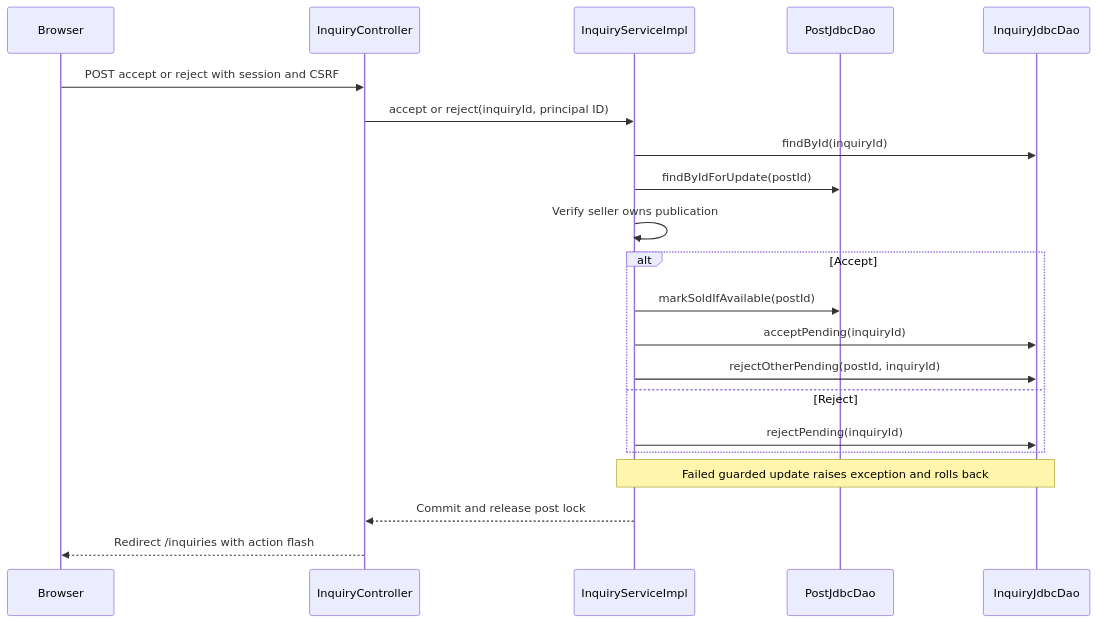
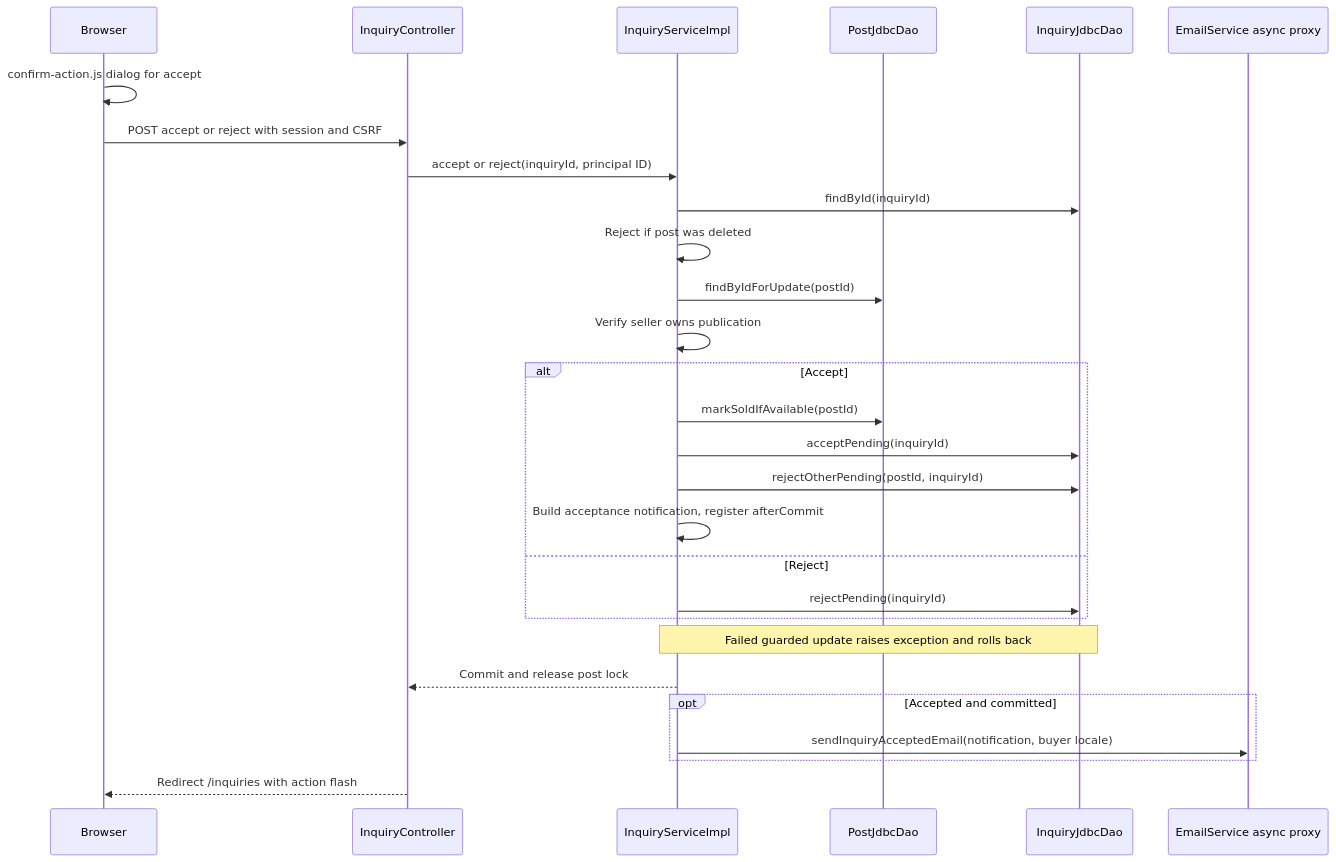
One commit to BautistaPessagno/PAW_Vault changed the diagram in Inquiry and sale flow.md. Above: the diagram before and after it, drawn with Mermaid. The commit also changed other lines of this file and 160 other files, not shown here.

````diff
--- a/Inquiry and sale flow.md
+++ b/Inquiry and sale flow.md
@@ -21,23 +21,30 @@
 ```mermaid
 sequenceDiagram
     participant B as Browser
     participant C as InquiryController
     participant S as InquiryServiceImpl
     participant P as PostJdbcDao
     participant I as InquiryJdbcDao
+    participant E as EmailService async proxy
+    B->>B: confirm-action.js dialog for accept
     B->>C: POST accept or reject with session and CSRF
     C->>S: accept or reject(inquiryId, principal ID)
     S->>I: findById(inquiryId)
+    S->>S: Reject if post was deleted
     S->>P: findByIdForUpdate(postId)
     S->>S: Verify seller owns publication
     alt Accept
         S->>P: markSoldIfAvailable(postId)
         S->>I: acceptPending(inquiryId)
         S->>I: rejectOtherPending(postId, inquiryId)
+        S->>S: Build acceptance notification, register afterCommit
     else Reject
         S->>I: rejectPending(inquiryId)
     end
     Note over S,I: Failed guarded update raises exception and rolls back
     S-->>C: Commit and release post lock
+    opt Accepted and committed
+        S->>E: sendInquiryAcceptedEmail(notification, buyer locale)
+    end
     C-->>B: Redirect /inquiries with action flash
 ```
````
